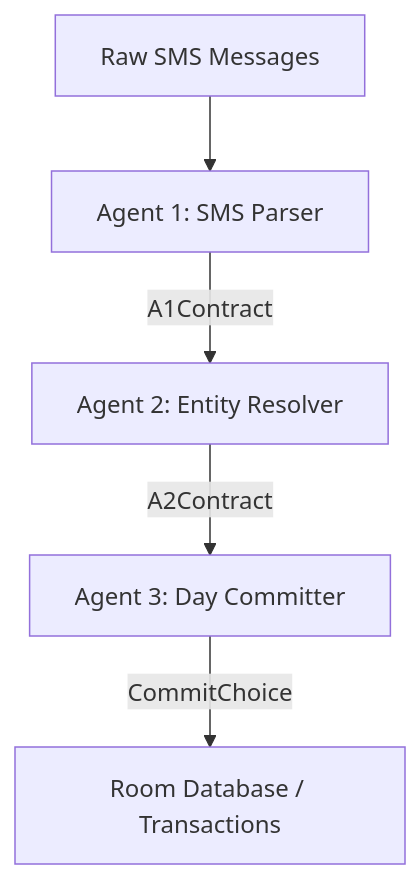
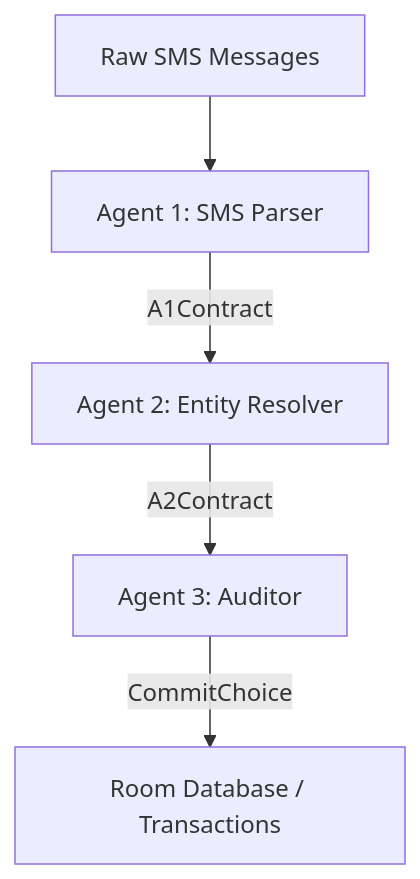
The first of 2 diagrams in AGENTS.md (deep-gaurav/spendai), drawn with Mermaid before and after one commit. The commit also changed other lines of this file and 41 other files, not shown here.

````diff
--- a/AGENTS.md
+++ b/AGENTS.md
@@ -9,7 +9,7 @@
 ```mermaid
 graph TD
     A[Raw SMS Messages] --> B[Agent 1: SMS Parser]
     B -->|A1Contract| C[Agent 2: Entity Resolver]
-    C -->|A2Contract| D[Agent 3: Day Committer]
+    C -->|A2Contract| D[Agent 3: Auditor]
     D -->|CommitChoice| E[Room Database / Transactions]
 ```
````
